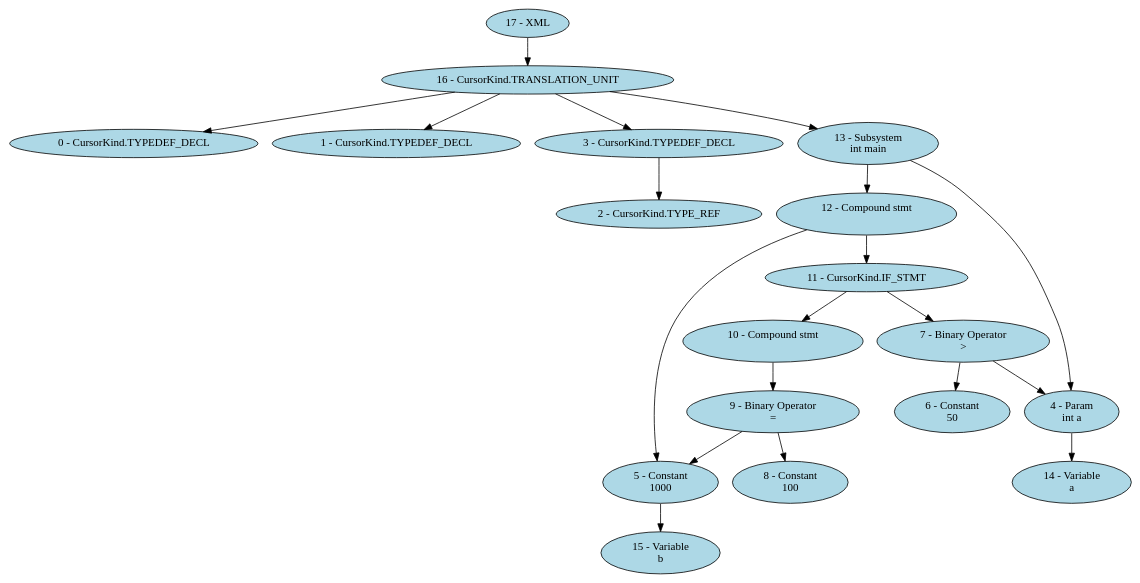
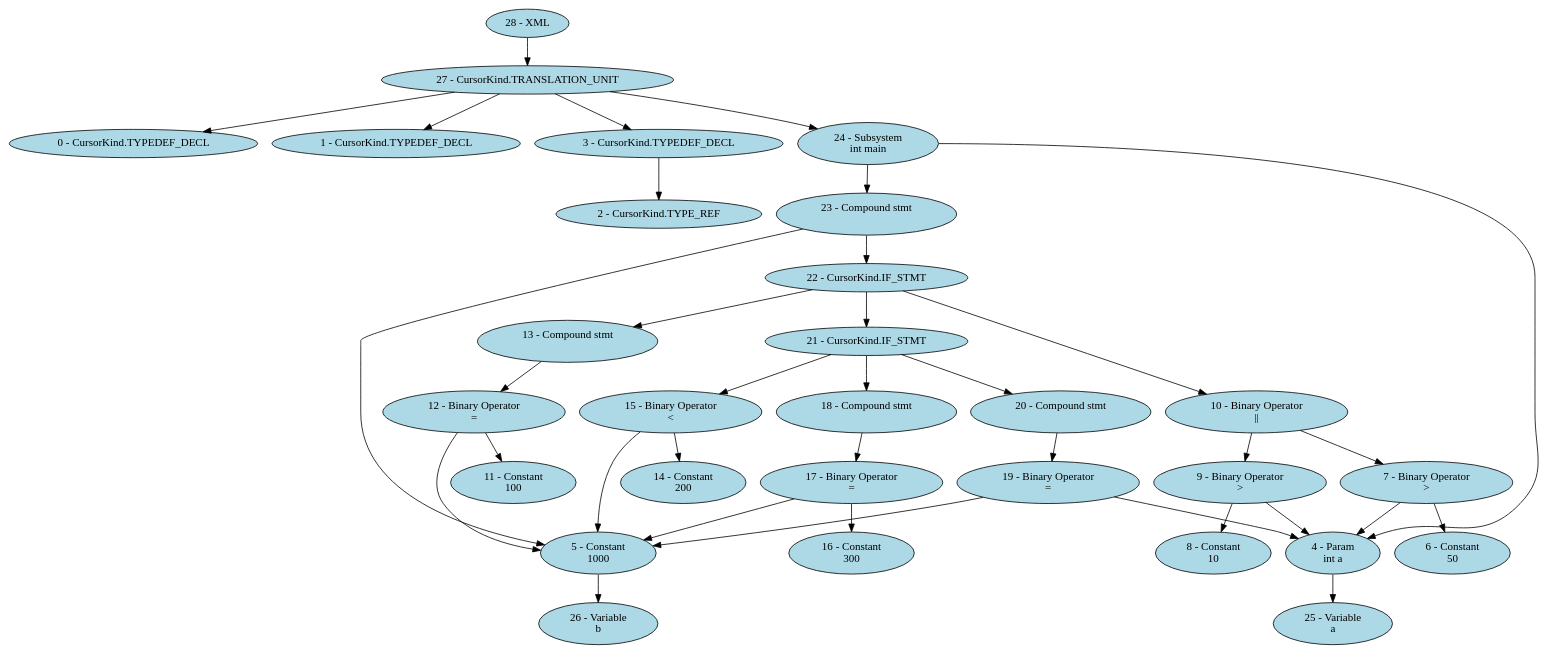
One commit to BentleyJOakes/SourceToSimulink changed the diagram in examples/simple.dot. Above: the diagram before and after it, drawn with Graphviz. The commit also changed 12 other files, not shown here.

```diff
--- a/examples/simple.dot
+++ b/examples/simple.dot
@@ -1,39 +1,66 @@
 digraph simple {
 "0 - CursorKind.TYPEDEF_DECL" [style=filled, fillcolor=lightblue];
 "1 - CursorKind.TYPEDEF_DECL" [style=filled, fillcolor=lightblue];
 "2 - CursorKind.TYPE_REF" [style=filled, fillcolor=lightblue];
 "3 - CursorKind.TYPEDEF_DECL" [style=filled, fillcolor=lightblue];
 "4 - Param\nint a" [style=filled, fillcolor=lightblue];
 "5 - Constant\n1000" [style=filled, fillcolor=lightblue];
 "6 - Constant\n50" [style=filled, fillcolor=lightblue];
 "7 - Binary Operator\n>" [style=filled, fillcolor=lightblue];
-"8 - Constant\n100" [style=filled, fillcolor=lightblue];
-"9 - Binary Operator\n=" [style=filled, fillcolor=lightblue];
-"10 - Compound stmt\n " [style=filled, fillcolor=lightblue];
-"11 - CursorKind.IF_STMT" [style=filled, fillcolor=lightblue];
-"12 - Compound stmt\n " [style=filled, fillcolor=lightblue];
-"13 - Subsystem\nint main" [style=filled, fillcolor=lightblue];
-"14 - Variable\na" [style=filled, fillcolor=lightblue];
-"15 - Variable\nb" [style=filled, fillcolor=lightblue];
-"16 - CursorKind.TRANSLATION_UNIT" [style=filled, fillcolor=lightblue];
-"17 - XML" [style=filled, fillcolor=lightblue];
+"8 - Constant\n10" [style=filled, fillcolor=lightblue];
+"9 - Binary Operator\n>" [style=filled, fillcolor=lightblue];
+"10 - Binary Operator\n||" [style=filled, fillcolor=lightblue];
+"11 - Constant\n100" [style=filled, fillcolor=lightblue];
+"12 - Binary Operator\n=" [style=filled, fillcolor=lightblue];
+"13 - Compound stmt\n " [style=filled, fillcolor=lightblue];
+"14 - Constant\n200" [style=filled, fillcolor=lightblue];
+"15 - Binary Operator\n<" [style=filled, fillcolor=lightblue];
+"16 - Constant\n300" [style=filled, fillcolor=lightblue];
+"17 - Binary Operator\n=" [style=filled, fillcolor=lightblue];
+"18 - Compound stmt\n " [style=filled, fillcolor=lightblue];
+"19 - Binary Operator\n=" [style=filled, fillcolor=lightblue];
+"20 - Compound stmt\n " [style=filled, fillcolor=lightblue];
+"21 - CursorKind.IF_STMT" [style=filled, fillcolor=lightblue];
+"22 - CursorKind.IF_STMT" [style=filled, fillcolor=lightblue];
+"23 - Compound stmt\n " [style=filled, fillcolor=lightblue];
+"24 - Subsystem\nint main" [style=filled, fillcolor=lightblue];
+"25 - Variable\na" [style=filled, fillcolor=lightblue];
+"26 - Variable\nb" [style=filled, fillcolor=lightblue];
+"27 - CursorKind.TRANSLATION_UNIT" [style=filled, fillcolor=lightblue];
+"28 - XML" [style=filled, fillcolor=lightblue];
 "3 - CursorKind.TYPEDEF_DECL" -> "2 - CursorKind.TYPE_REF";
 "7 - Binary Operator\n>" -> "4 - Param\nint a";
 "7 - Binary Operator\n>" -> "6 - Constant\n50";
-"9 - Binary Operator\n=" -> "5 - Constant\n1000";
-"9 - Binary Operator\n=" -> "8 - Constant\n100";
-"10 - Compound stmt\n " -> "9 - Binary Operator\n=";
-"11 - CursorKind.IF_STMT" -> "7 - Binary Operator\n>";
-"11 - CursorKind.IF_STMT" -> "10 - Compound stmt\n ";
-"12 - Compound stmt\n " -> "5 - Constant\n1000";
-"12 - Compound stmt\n " -> "11 - CursorKind.IF_STMT";
-"13 - Subsystem\nint main" -> "4 - Param\nint a";
-"13 - Subsystem\nint main" -> "12 - Compound stmt\n ";
-"4 - Param\nint a" -> "14 - Variable\na";
-"5 - Constant\n1000" -> "15 - Variable\nb";
-"16 - CursorKind.TRANSLATION_UNIT" -> "0 - CursorKind.TYPEDEF_DECL";
-"16 - CursorKind.TRANSLATION_UNIT" -> "1 - CursorKind.TYPEDEF_DECL";
-"16 - CursorKind.TRANSLATION_UNIT" -> "3 - CursorKind.TYPEDEF_DECL";
-"16 - CursorKind.TRANSLATION_UNIT" -> "13 - Subsystem\nint main";
-"17 - XML" -> "16 - CursorKind.TRANSLATION_UNIT";
+"9 - Binary Operator\n>" -> "4 - Param\nint a";
+"9 - Binary Operator\n>" -> "8 - Constant\n10";
+"10 - Binary Operator\n||" -> "7 - Binary Operator\n>";
+"10 - Binary Operator\n||" -> "9 - Binary Operator\n>";
+"12 - Binary Operator\n=" -> "5 - Constant\n1000";
+"12 - Binary Operator\n=" -> "11 - Constant\n100";
+"13 - Compound stmt\n " -> "12 - Binary Operator\n=";
+"15 - Binary Operator\n<" -> "5 - Constant\n1000";
+"15 - Binary Operator\n<" -> "14 - Constant\n200";
+"17 - Binary Operator\n=" -> "5 - Constant\n1000";
+"17 - Binary Operator\n=" -> "16 - Constant\n300";
+"18 - Compound stmt\n " -> "17 - Binary Operator\n=";
+"19 - Binary Operator\n=" -> "5 - Constant\n1000";
+"19 - Binary Operator\n=" -> "4 - Param\nint a";
+"20 - Compound stmt\n " -> "19 - Binary Operator\n=";
+"21 - CursorKind.IF_STMT" -> "15 - Binary Operator\n<";
+"21 - CursorKind.IF_STMT" -> "18 - Compound stmt\n ";
+"21 - CursorKind.IF_STMT" -> "20 - Compound stmt\n ";
+"22 - CursorKind.IF_STMT" -> "10 - Binary Operator\n||";
+"22 - CursorKind.IF_STMT" -> "13 - Compound stmt\n ";
+"22 - CursorKind.IF_STMT" -> "21 - CursorKind.IF_STMT";
+"23 - Compound stmt\n " -> "5 - Constant\n1000";
+"23 - Compound stmt\n " -> "22 - CursorKind.IF_STMT";
+"24 - Subsystem\nint main" -> "4 - Param\nint a";
+"24 - Subsystem\nint main" -> "23 - Compound stmt\n ";
+"4 - Param\nint a" -> "25 - Variable\na";
+"5 - Constant\n1000" -> "26 - Variable\nb";
+"27 - CursorKind.TRANSLATION_UNIT" -> "0 - CursorKind.TYPEDEF_DECL";
+"27 - CursorKind.TRANSLATION_UNIT" -> "1 - CursorKind.TYPEDEF_DECL";
+"27 - CursorKind.TRANSLATION_UNIT" -> "3 - CursorKind.TYPEDEF_DECL";
+"27 - CursorKind.TRANSLATION_UNIT" -> "24 - Subsystem\nint main";
+"28 - XML" -> "27 - CursorKind.TRANSLATION_UNIT";
 }
```
